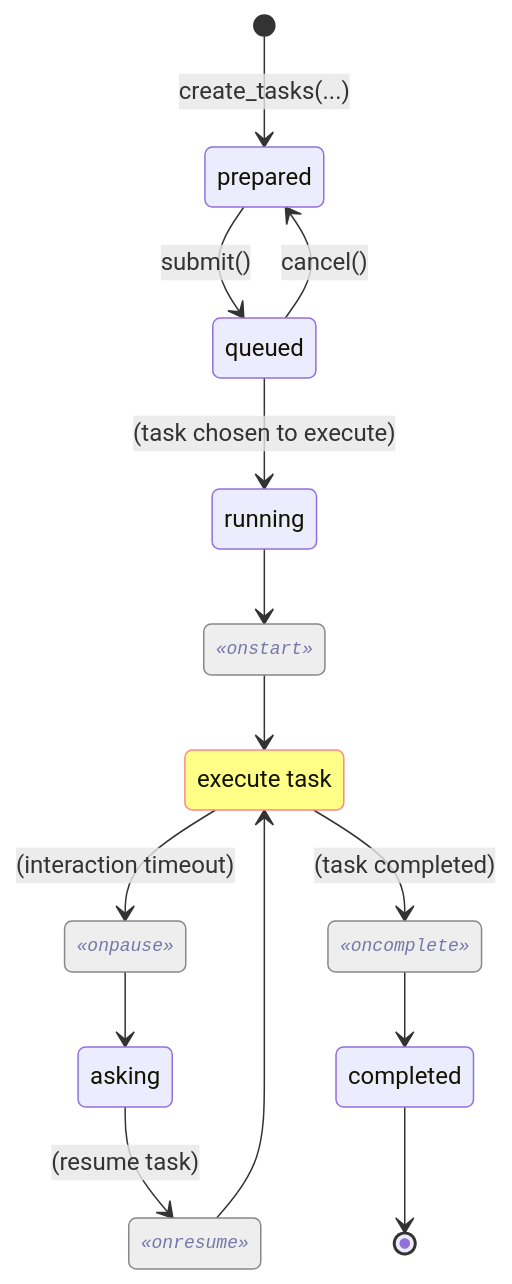
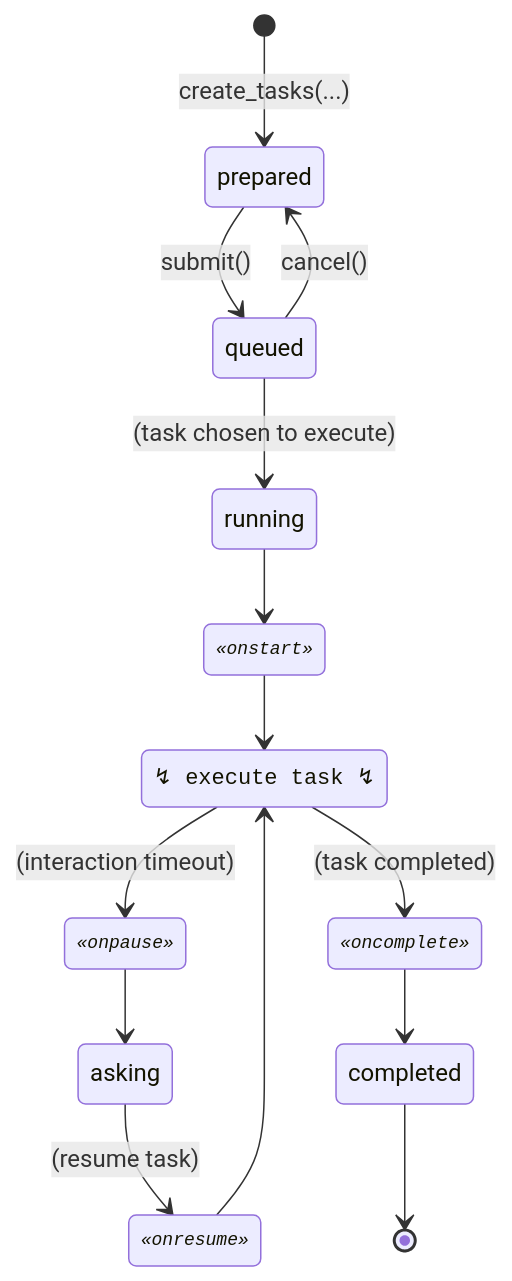
One commit to franekp/roospawn changed the diagram in docs/docs/overview.md. Above: the diagram before and after it, drawn with Mermaid. The commit also changed 1 other file, not shown here.

Commit message:
Customize theme

````diff
--- a/docs/docs/overview.md
+++ b/docs/docs/overview.md
@@ -79,32 +79,32 @@
 ```mermaid
 stateDiagram-v2
     [*] --> prepared: create_tasks(...)
     prepared --> queued: submit()
     queued --> prepared: cancel()
     
-        classDef hook font-style:italic,stroke:#888,fill:#eee,color:#77a,font-family:monospace,font-size:9pt
-        classDef action fill:#ff8,stroke:#f88
+        classDef hook font-style:italic,font-family:monospace,font-size:9pt
+        classDef action font-family:monospace,font-size:11pt
         class onstart hook
         class onpause hook
         class onresume hook
         class oncomplete hook
         class execute_task action
 
-        execute_task: execute task
+        execute_task: ↯ execute task ↯
         onstart: «onstart»
         onpause: «onpause»
         onresume: «onresume»
         oncomplete: «oncomplete»
         onstart --> execute_task
         execute_task --> onpause: (interaction timeout)
         onresume --> execute_task
         execute_task --> oncomplete: (task completed)
 
     queued --> running: (task chosen to execute)
     running --> onstart
     onpause --> asking
     asking --> onresume: (resume task)
     oncomplete --> completed
 
     completed --> [*]
 ```
````
